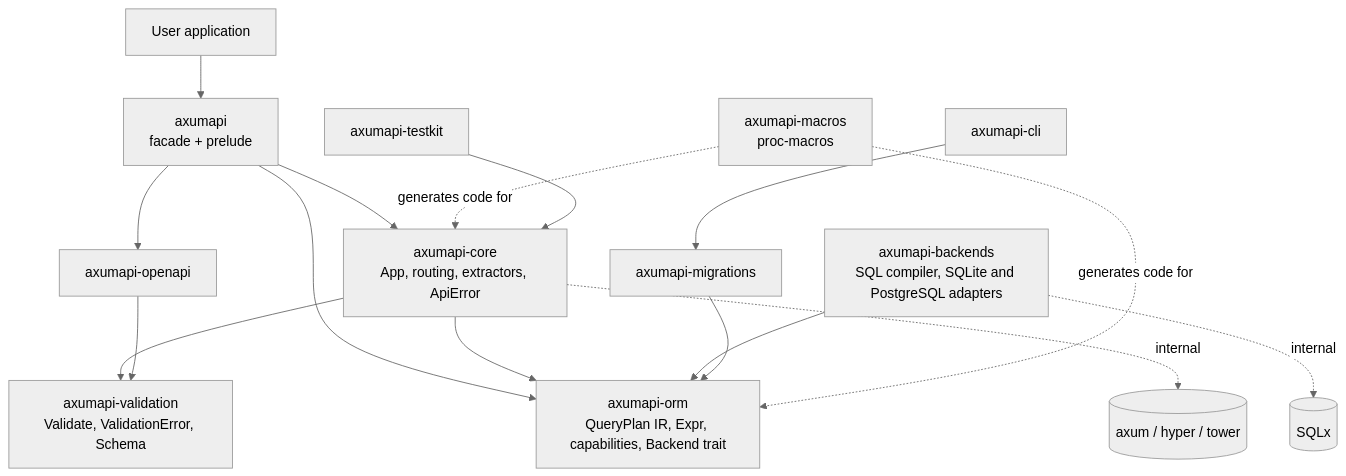
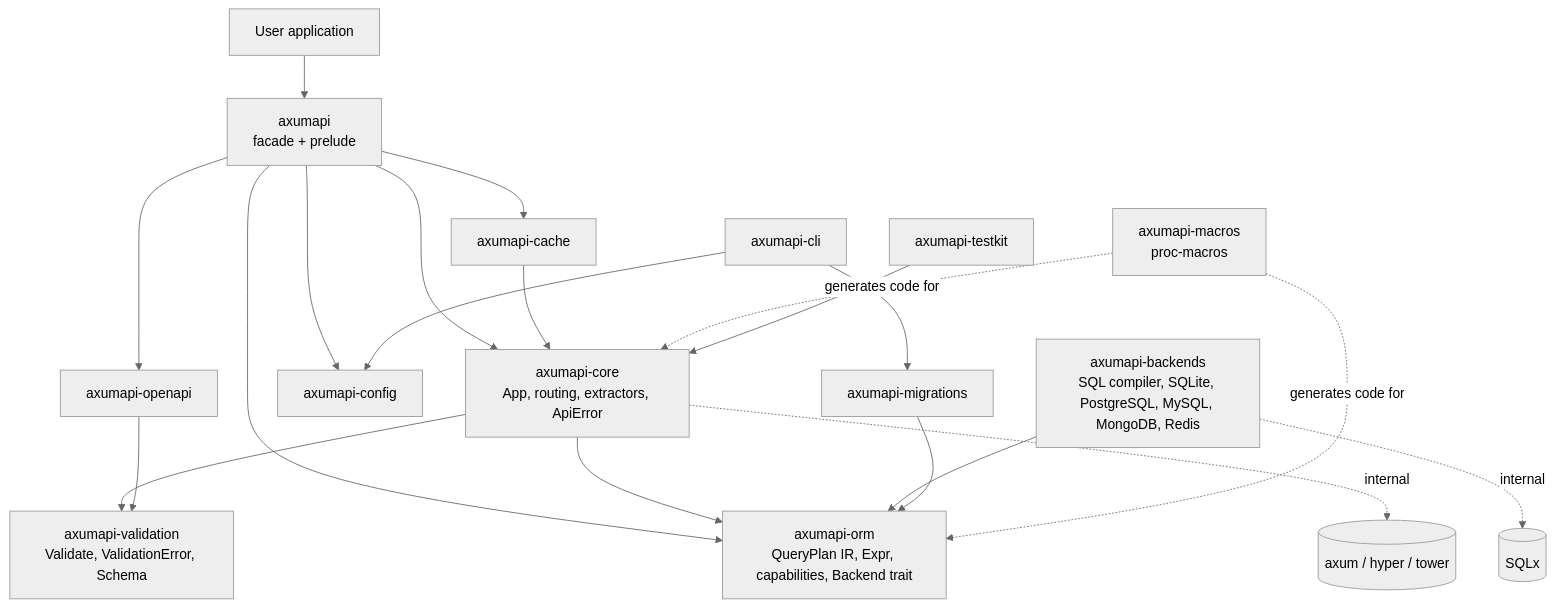
Before and after one commit to jraavis/axumapi: the first of 2 diagrams in docs/ARCHITECTURE.md, drawn with Mermaid (neutral theme). The commit also changed other lines of this file and 13 other files, not shown here.

````diff
--- a/docs/ARCHITECTURE.md
+++ b/docs/ARCHITECTURE.md
@@ -9,18 +9,22 @@
 ```mermaid
 flowchart TD
     user[User application] --> facade[axumapi<br/>facade + prelude]
     facade --> core[axumapi-core<br/>App, routing, extractors, ApiError]
     facade --> openapi[axumapi-openapi]
     facade --> orm
+    facade --> config[axumapi-config]
+    facade --> cache[axumapi-cache]
     core --> validation[axumapi-validation<br/>Validate, ValidationError, Schema]
     core --> orm[axumapi-orm<br/>QueryPlan IR, Expr, capabilities, Backend trait]
     core -. internal .-> axum[(axum / hyper / tower)]
     openapi --> validation
-    backends[axumapi-backends<br/>SQL compiler, SQLite and PostgreSQL adapters] --> orm
+    cache --> core
+    backends[axumapi-backends<br/>SQL compiler, SQLite, PostgreSQL, MySQL, MongoDB, Redis] --> orm
     backends -. internal .-> sqlx[(SQLx)]
     migrations[axumapi-migrations] --> orm
     macros[axumapi-macros<br/>proc-macros] -. generates code for .-> core
     macros -. generates code for .-> orm
     cli[axumapi-cli] --> migrations
+    cli --> config
     testkit[axumapi-testkit] --> core
 ```
````
